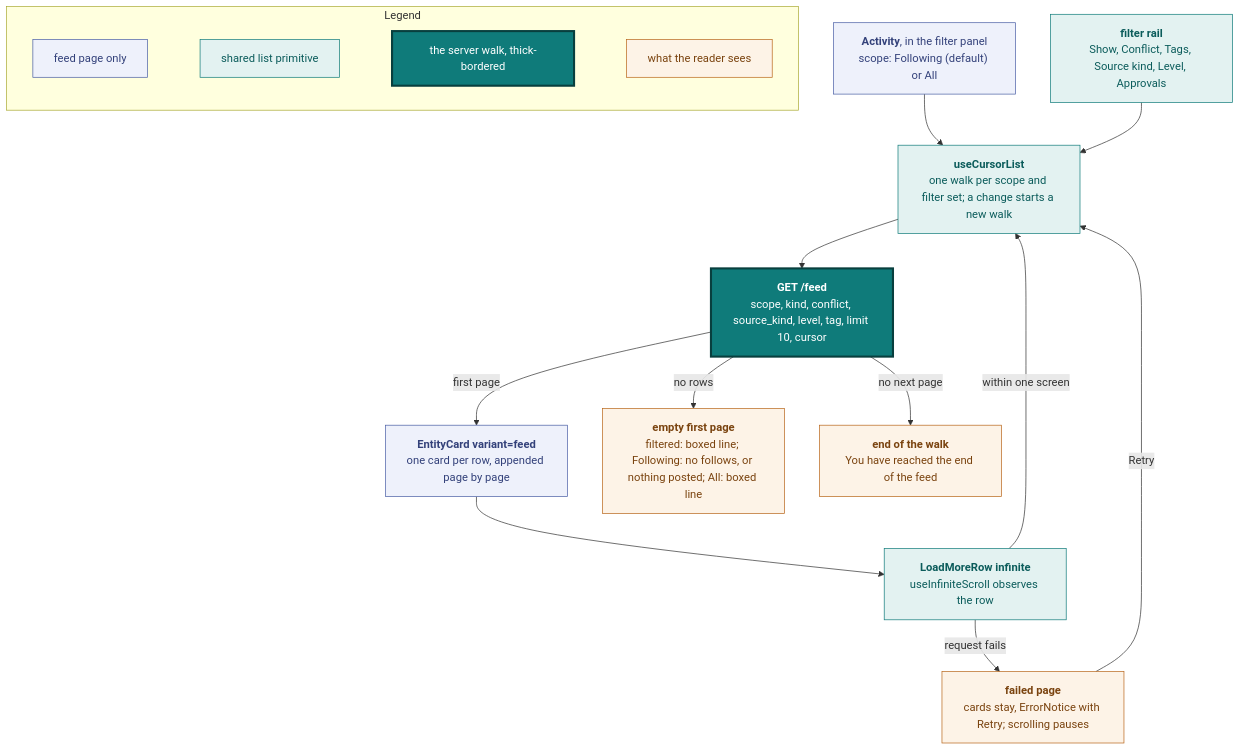
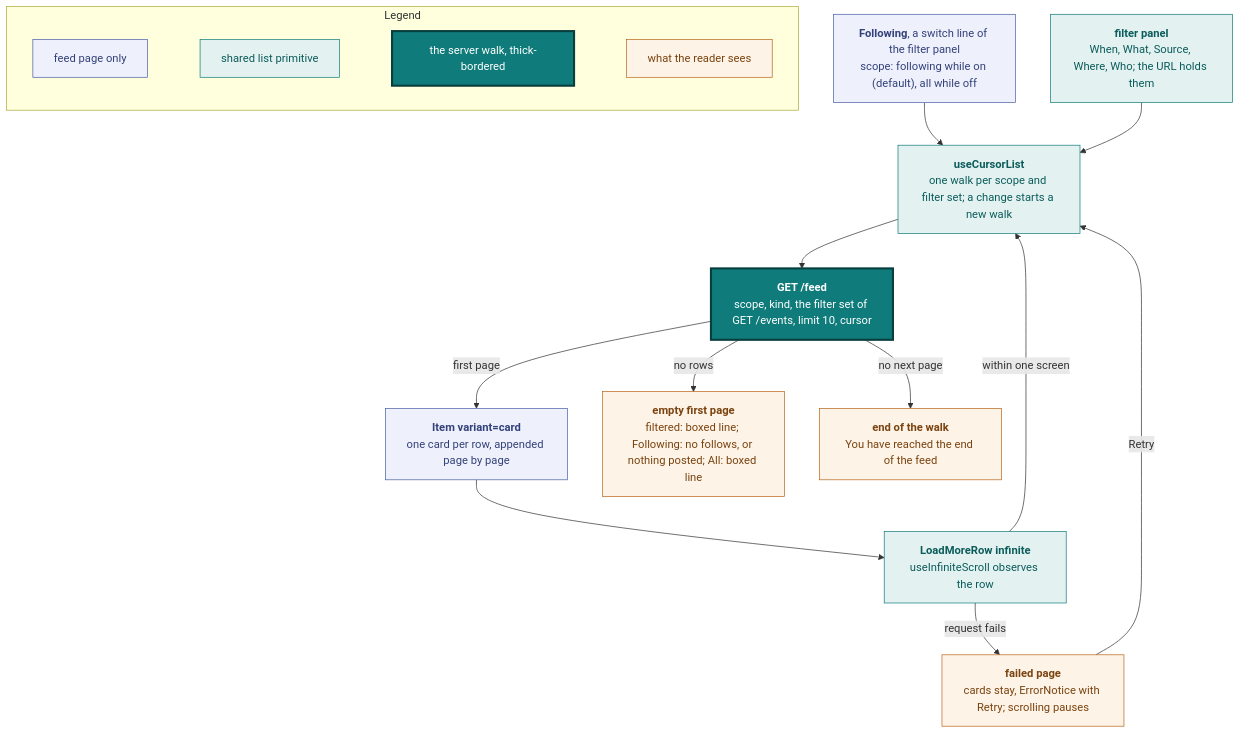
Diagram 16 of 23 in docs/design.md (vidithq/vidit), drawn with Mermaid before and after one commit. The commit also changed other lines of this file and 145 other files, not shown here.

First line of the commit message:
feat: one item, one filter panel, search by kind, sites as rings (#813)

````diff
--- a/docs/design.md
+++ b/docs/design.md
@@ -1353,46 +1461,46 @@
 ```mermaid
 flowchart TB
   classDef page fill:#eef1fb,stroke:#4a5fa5,color:#33417a
   classDef shared fill:#e3f2f1,stroke:#0f7b7a,color:#0b5c5b
   classDef core fill:#0f7b7a,stroke:#083f3e,stroke-width:3px,color:#ffffff
   classDef state fill:#fdf3e7,stroke:#b8661a,color:#7a430f
 
   subgraph legend [Legend]
     direction LR
     l1["`feed page only`"]:::page
     l2["`shared list primitive`"]:::shared
     l3["`the server walk, thick-bordered`"]:::core
     l4["`what the reader sees`"]:::state
     l1 ~~~ l2 ~~~ l3 ~~~ l4
   end
 
-  toggle["`**Activity**, in the filter panel
-  scope: Following (default) or All`"]:::page
-  filters["`**filter rail**
-  Show, Conflict, Tags, Source kind, Level, Approvals`"]:::shared
+  toggle["`**Following**, a switch line of the filter panel
+  scope: following while on (default), all while off`"]:::page
+  filters["`**filter panel**
+  When, What, Source, Where, Who; the URL holds them`"]:::shared
   walk["`**useCursorList**
   one walk per scope and filter set; a change starts a new walk`"]:::shared
   api["`**GET /feed**
-  scope, kind, conflict, source_kind, level, tag, limit 10, cursor`"]:::core
-  cards["`**EntityCard variant=feed**
+  scope, kind, the filter set of GET /events, limit 10, cursor`"]:::core
+  cards["`**Item variant=card**
   one card per row, appended page by page`"]:::page
   row["`**LoadMoreRow infinite**
   useInfiniteScroll observes the row`"]:::shared
 
   empty["`**empty first page**
   filtered: boxed line; Following: no follows, or nothing posted; All: boxed line`"]:::state
   failed["`**failed page**
   cards stay, ErrorNotice with Retry; scrolling pauses`"]:::state
   done["`**end of the walk**
   You have reached the end of the feed`"]:::state
 
   toggle --> walk --> api
   filters --> walk
   api -->|first page| cards
   api -->|no rows| empty
   cards --> row
   row -->|within one screen| walk
   row -->|request fails| failed
   failed -->|Retry| walk
   api -->|no next page| done
 ```
````
